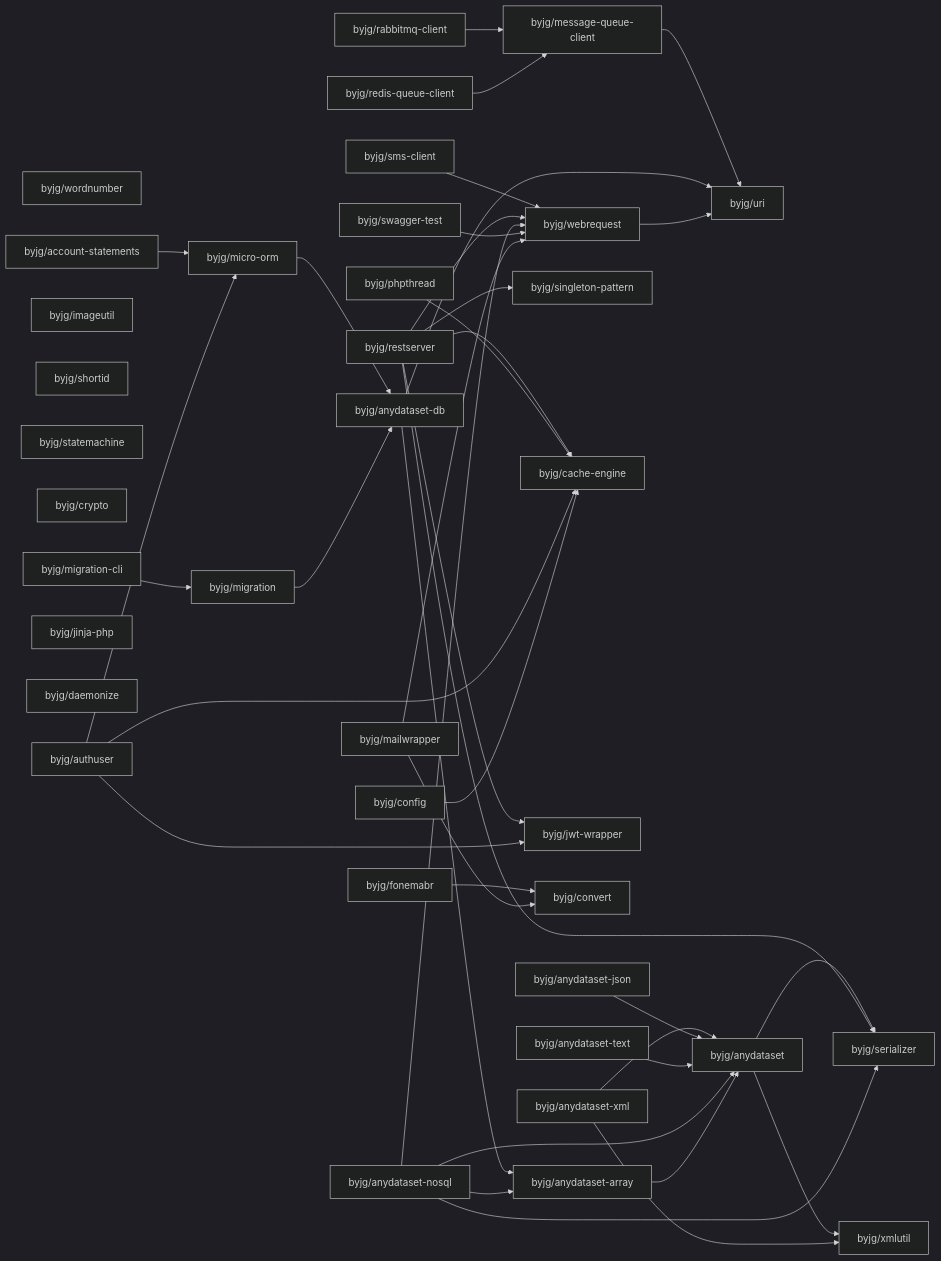
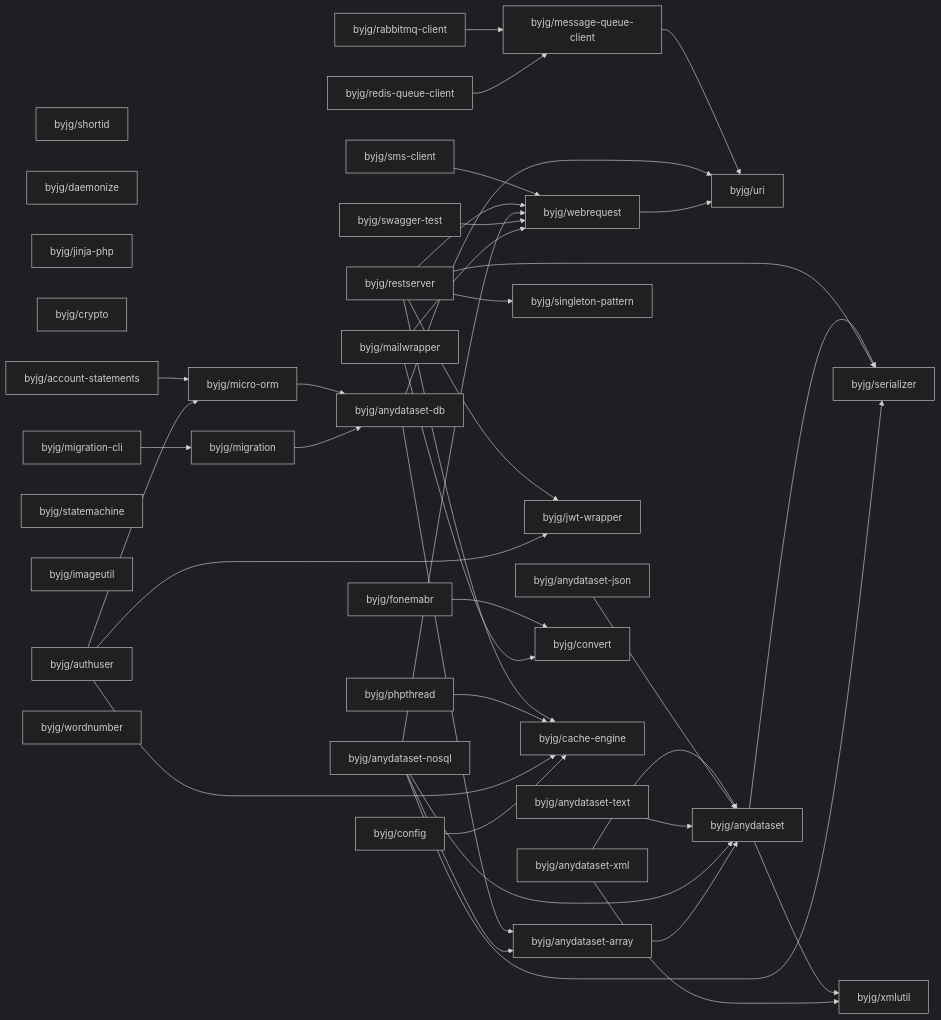
One commit to byjg/byjg.github.io changed the diagram in docs/php/README.md. Above: the diagram before and after it, drawn with Mermaid (dark theme). The commit also changed other lines of this file, not shown here.

Commit message:
Update documentation 'php' 'php-micro-orm'

````diff
--- a/docs/php/README.md
+++ b/docs/php/README.md
@@ -3,76 +3,76 @@
 ```mermaid
 graph LR;
+  byjg/mailwrapper;
+  byjg/shortid;
+  byjg/redis-queue-client;
+  byjg/sms-client;
+  byjg/daemonize;
+  byjg/anydataset-text;
+  byjg/swagger-test;
+  byjg/jinja-php;
+  byjg/rabbitmq-client;
+  byjg/phpthread;
+  byjg/anydataset-json;
+  byjg/crypto;
+  byjg/account-statements;
+  byjg/authuser;
+  byjg/restserver;
+  byjg/statemachine;
+  byjg/anydataset-xml;
+  byjg/imageutil;
+  byjg/anydataset-nosql;
+  byjg/fonemabr;
+  byjg/migration-cli;
   byjg/wordnumber;
-  byjg/account-statements;
-  byjg/anydataset-text;
-  byjg/imageutil;
-  byjg/fonemabr;
-  byjg/shortid;
-  byjg/anydataset-json;
-  byjg/statemachine;
-  byjg/crypto;
-  byjg/phpthread;
-  byjg/authuser;
-  byjg/sms-client;
-  byjg/jinja-php;
   byjg/config;
-  byjg/restserver;
-  byjg/rabbitmq-client;
-  byjg/mailwrapper;
-  byjg/anydataset-xml;
-  byjg/daemonize;
-  byjg/redis-queue-client;
-  byjg/anydataset-nosql;
-  byjg/migration-cli;
-  byjg/swagger-test;
+  byjg/message-queue-client;
   byjg/micro-orm;
   byjg/singleton-pattern;
+  byjg/jwt-wrapper;
+  byjg/webrequest;
+  byjg/convert;
+  byjg/migration;
   byjg/cache-engine;
-  byjg/jwt-wrapper;
-  byjg/convert;
-  byjg/message-queue-client;
-  byjg/migration;
-  byjg/webrequest;
   byjg/anydataset-db;
   byjg/anydataset-array;
   byjg/uri;
   byjg/anydataset;
   byjg/serializer;
   byjg/xmlutil;
   byjg/account-statements --> byjg/micro-orm;
   byjg/message-queue-client --> byjg/uri;
   byjg/anydataset --> byjg/serializer;
   byjg/anydataset --> byjg/xmlutil;
   byjg/rabbitmq-client --> byjg/message-queue-client;
   byjg/anydataset-xml --> byjg/anydataset;
   byjg/anydataset-xml --> byjg/xmlutil;
   byjg/sms-client --> byjg/webrequest;
   byjg/anydataset-db --> byjg/anydataset-array;
   byjg/anydataset-db --> byjg/uri;
   byjg/micro-orm --> byjg/anydataset-db;
   byjg/anydataset-json --> byjg/anydataset;
   byjg/restserver --> byjg/serializer;
   byjg/restserver --> byjg/singleton-pattern;
   byjg/restserver --> byjg/cache-engine;
   byjg/restserver --> byjg/webrequest;
   byjg/restserver --> byjg/jwt-wrapper;
   byjg/webrequest --> byjg/uri;
   byjg/anydataset-text --> byjg/anydataset;
   byjg/redis-queue-client --> byjg/message-queue-client;
   byjg/phpthread --> byjg/cache-engine;
   byjg/authuser --> byjg/micro-orm;
   byjg/authuser --> byjg/cache-engine;
   byjg/authuser --> byjg/jwt-wrapper;
   byjg/config --> byjg/cache-engine;
   byjg/fonemabr --> byjg/convert;
   byjg/anydataset-nosql --> byjg/anydataset;
   byjg/anydataset-nosql --> byjg/anydataset-array;
   byjg/anydataset-nosql --> byjg/serializer;
   byjg/anydataset-nosql --> byjg/webrequest;
   byjg/anydataset-array --> byjg/anydataset;
   byjg/swagger-test --> byjg/webrequest;
   byjg/migration-cli --> byjg/migration;
   byjg/migration --> byjg/anydataset-db;
   byjg/mailwrapper --> byjg/convert;
   byjg/mailwrapper --> byjg/webrequest;
 ```
````
